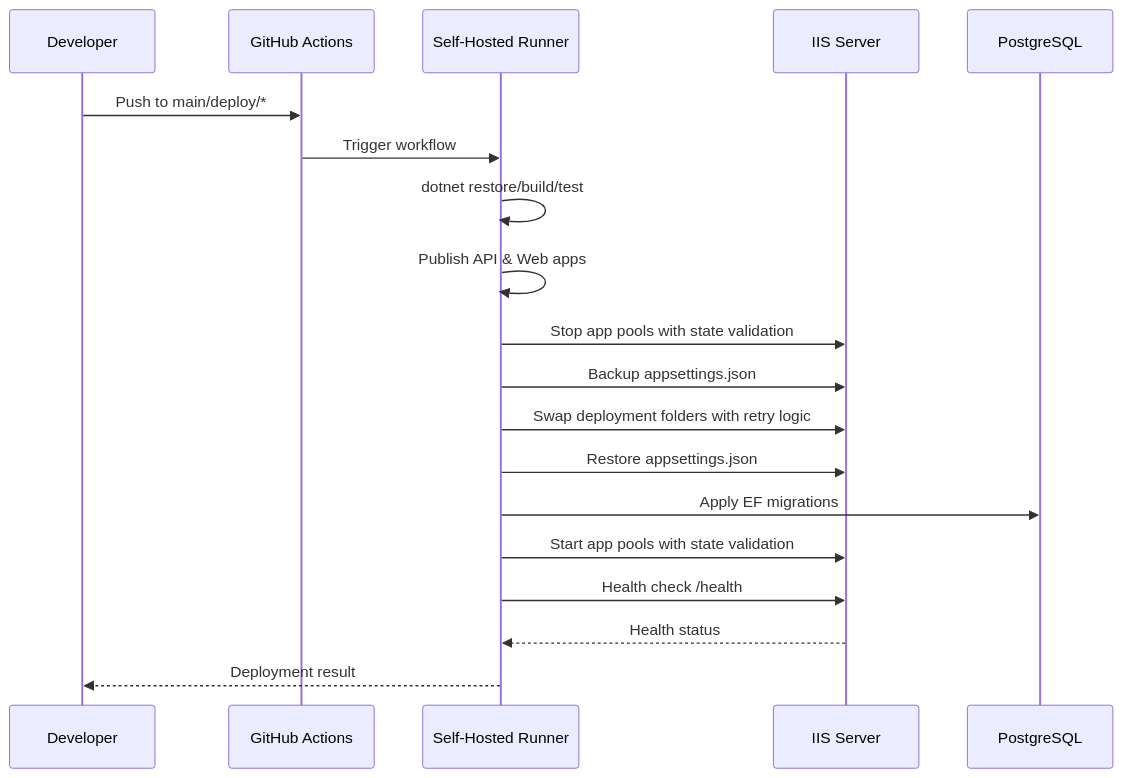
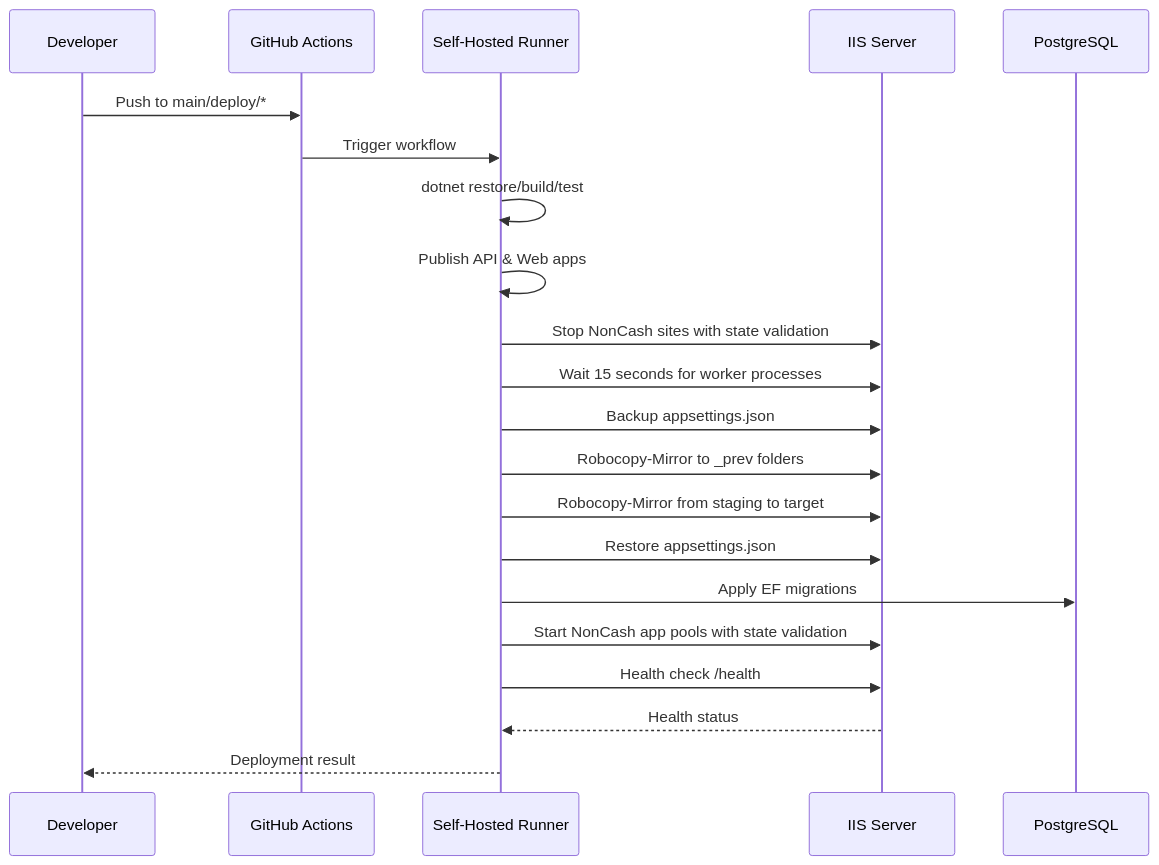
The third of 7 diagrams in .qoder/repowiki/en/content/Configuration and Deployment/Deployment Strategies and Infrastructure.md (lamhongbac/NonCash), drawn with Mermaid before and after one commit. The commit also changed other lines of this file and 2 other files, not shown here.

Commit message:
deploy flow CI/CD

````diff
--- a/.qoder/repowiki/en/content/Configuration and Deployment/Deployment Strategies and Infrastructure.md
+++ b/.qoder/repowiki/en/content/Configuration and Deployment/Deployment Strategies and Infrastructure.md
@@ -251,21 +252,23 @@
 ```mermaid
 sequenceDiagram
 participant Dev as Developer
 participant GH as GitHub Actions
 participant Runner as Self-Hosted Runner
 participant IIS as IIS Server
 participant DB as PostgreSQL
 Dev->>GH : Push to main/deploy/*
 GH->>Runner : Trigger workflow
 Runner->>Runner : dotnet restore/build/test
 Runner->>Runner : Publish API & Web apps
-Runner->>IIS : Stop app pools with state validation
+Runner->>IIS : Stop NonCash sites with state validation
+Runner->>IIS : Wait 15 seconds for worker processes
 Runner->>IIS : Backup appsettings.json
-Runner->>IIS : Swap deployment folders with retry logic
+Runner->>IIS : Robocopy-Mirror to _prev folders
+Runner->>IIS : Robocopy-Mirror from staging to target
 Runner->>IIS : Restore appsettings.json
 Runner->>DB : Apply EF migrations
-Runner->>IIS : Start app pools with state validation
+Runner->>IIS : Start NonCash app pools with state validation
 Runner->>IIS : Health check /health
 IIS-->>Runner : Health status
 Runner-->>Dev : Deployment result
 ```
````
